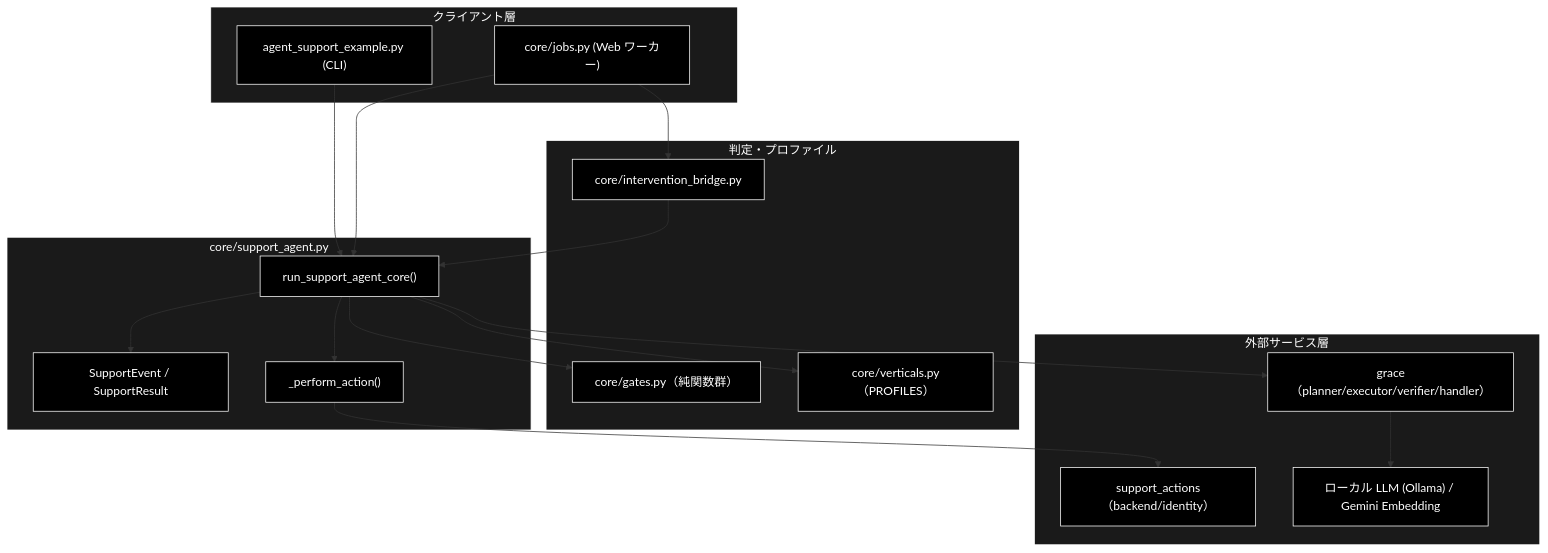
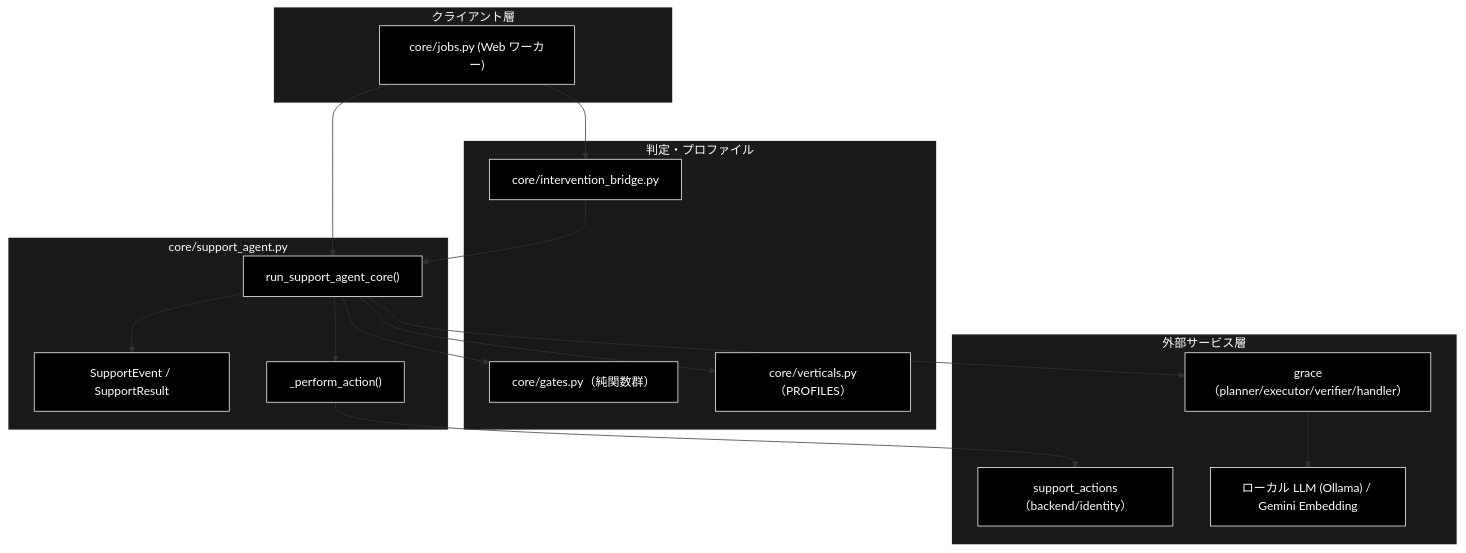
The first of 3 diagrams in backend/docs/reference/core_support_agent.md (nakashima2toshio/grace_v2_local), drawn with Mermaid before and after one commit. The commit also changed other lines of this file and 61 other files, not shown here.

````diff
--- a/backend/docs/reference/core_support_agent.md
+++ b/backend/docs/reference/core_support_agent.md
@@ -86,44 +86,42 @@
 ```mermaid
 flowchart TB
     subgraph CLIENT["クライアント層"]
-        CLI["agent_support_example.py (CLI)"]
         JOBS["core/jobs.py (Web ワーカー)"]
     end
 
     subgraph MODULE["core/support_agent.py"]
         CORE["run_support_agent_core()"]
         EVT["SupportEvent / SupportResult"]
         ACT["_perform_action()"]
     end
 
     subgraph HELPERS["判定・プロファイル"]
         GATES["core/gates.py（純関数群）"]
         VERT["core/verticals.py（PROFILES）"]
         BRIDGE["core/intervention_bridge.py"]
     end
 
     subgraph EXTERNAL["外部サービス層"]
         GRACE["grace（planner/executor/verifier/handler）"]
         ACTIONS["support_actions（backend/identity）"]
         LLM["ローカル LLM (Ollama) / Gemini Embedding"]
     end
 
-    CLI --> CORE
     JOBS --> CORE
     CORE --> EVT
     CORE --> ACT
     CORE --> GATES
     CORE --> VERT
     JOBS --> BRIDGE
     BRIDGE --> CORE
     CORE --> GRACE
     ACT --> ACTIONS
     GRACE --> LLM
 classDef default fill:#000,stroke:#fff,color:#fff
 classDef subgraphStyle fill:#1a1a1a,stroke:#fff,color:#fff
-class CLI,JOBS,CORE,EVT,ACT,GATES,VERT,BRIDGE,GRACE,ACTIONS,LLM default
+class JOBS,CORE,EVT,ACT,GATES,VERT,BRIDGE,GRACE,ACTIONS,LLM default
 style CLIENT fill:#1a1a1a,stroke:#fff,color:#fff
 style MODULE fill:#1a1a1a,stroke:#fff,color:#fff
 style HELPERS fill:#1a1a1a,stroke:#fff,color:#fff
 style EXTERNAL fill:#1a1a1a,stroke:#fff,color:#fff
 ```
````
